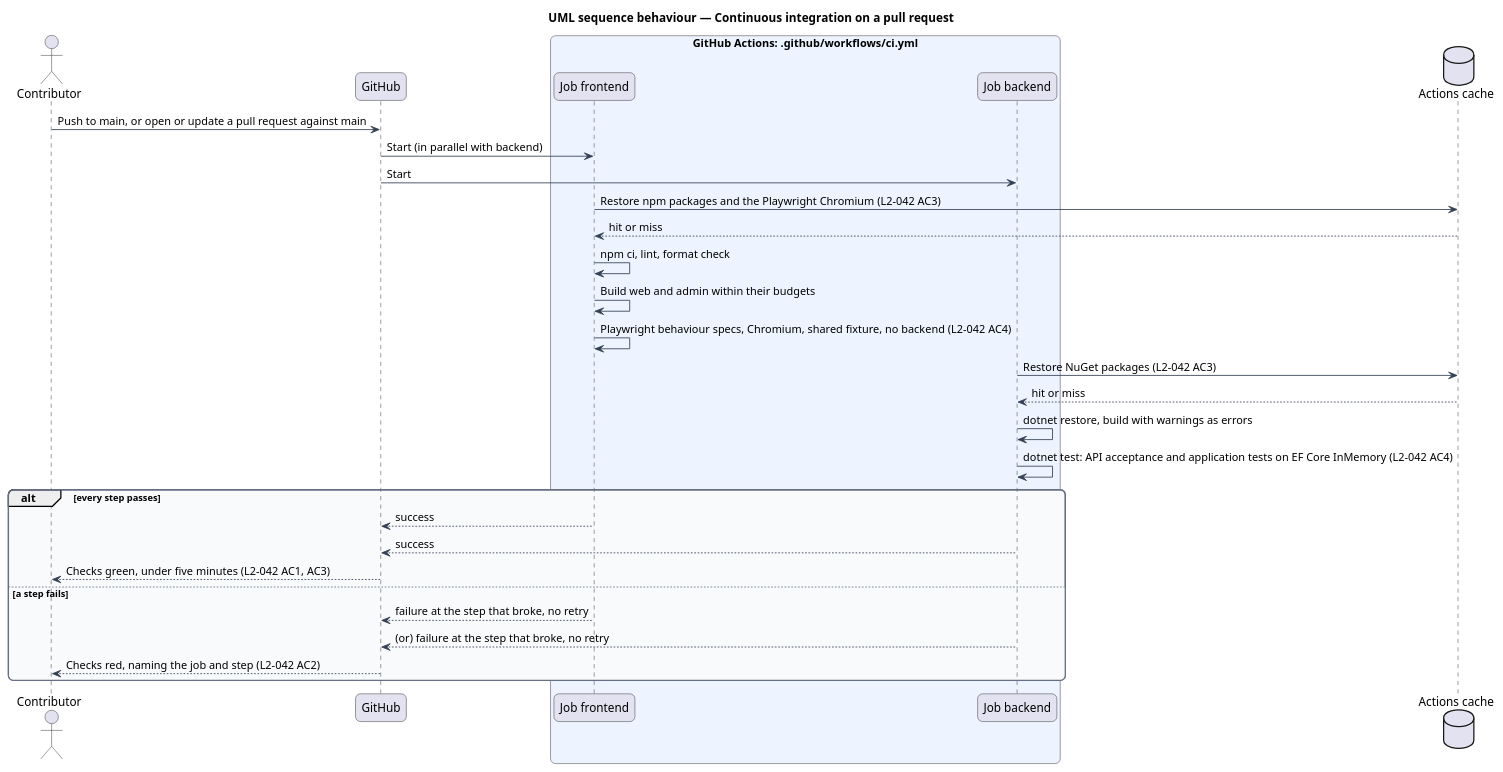
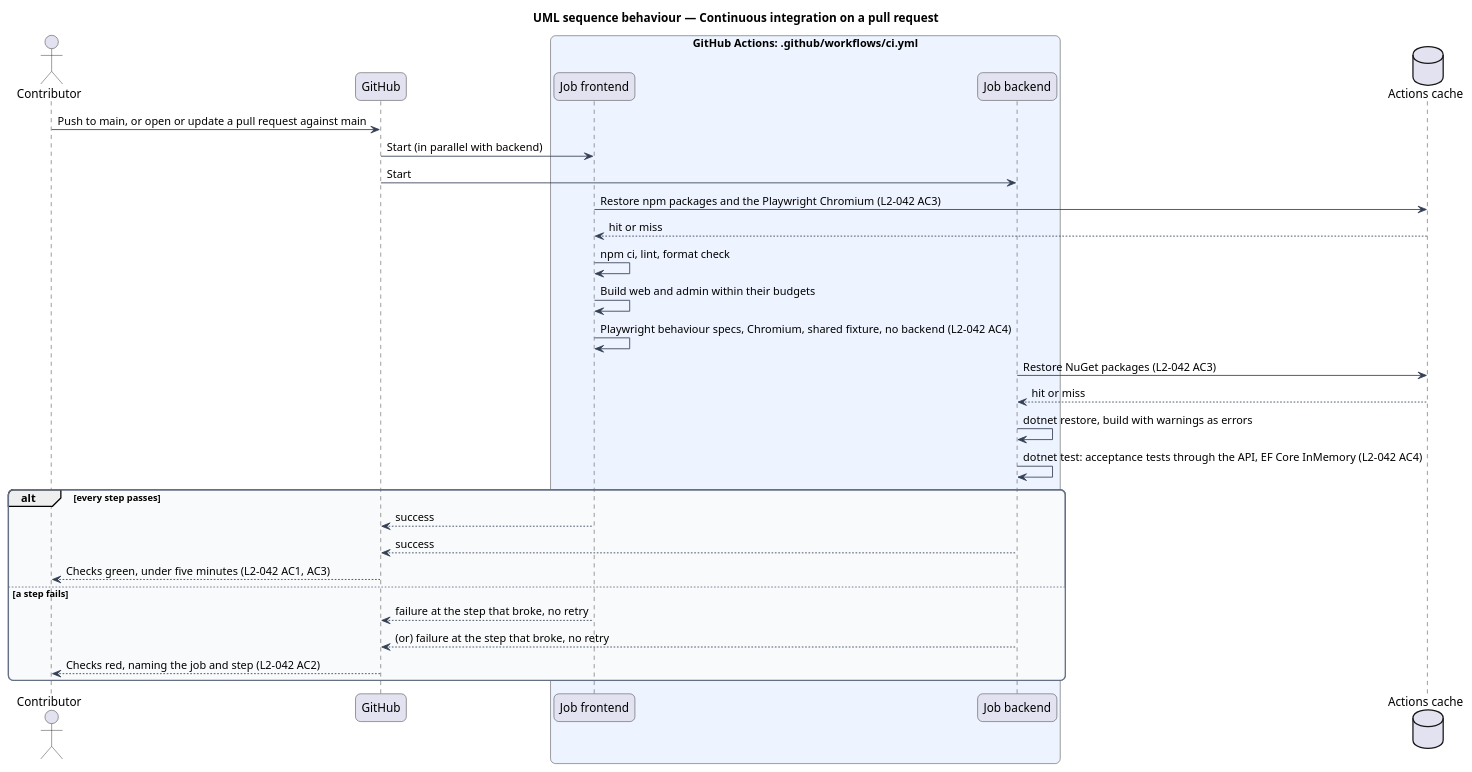
Before and after one commit to QuinntyneBrown/christian-fitness: the diagram in docs/detailed-designs/operations/deploy-and-migrate/diagrams/sequence-ci.puml, drawn with PlantUML. The commit also changed 7 other files, not shown here.

First line of the commit message:
Check out each CI job sparsely and run the API acceptance tests

```diff
--- a/docs/detailed-designs/operations/deploy-and-migrate/diagrams/sequence-ci.puml
+++ b/docs/detailed-designs/operations/deploy-and-migrate/diagrams/sequence-ci.puml
@@ -1,45 +1,45 @@
 @startuml
 title UML sequence behaviour — Continuous integration on a pull request
 skinparam backgroundColor #FFFFFF
 skinparam shadowing false
 skinparam roundcorner 12
 skinparam defaultFontName Arial
 skinparam ArrowColor #344054
 skinparam rectangle {
   BorderColor #344054
   FontColor #101828
 }
 skinparam package {
   BorderColor #667085
   FontColor #101828
   BackgroundColor #F9FAFB
 }
 actor "Contributor" as dev
 participant "GitHub" as gh
 box "GitHub Actions: .github/workflows/ci.yml" #EEF4FF
   participant "Job frontend" as fe
   participant "Job backend" as be
 end box
 database "Actions cache" as cache
 dev -> gh : Push to main, or open or update a pull request against main
 gh -> fe : Start (in parallel with backend)
 gh -> be : Start
 fe -> cache : Restore npm packages and the Playwright Chromium (L2-042 AC3)
 cache --> fe : hit or miss
 fe -> fe : npm ci, lint, format check
 fe -> fe : Build web and admin within their budgets
 fe -> fe : Playwright behaviour specs, Chromium, shared fixture, no backend (L2-042 AC4)
 be -> cache : Restore NuGet packages (L2-042 AC3)
 cache --> be : hit or miss
 be -> be : dotnet restore, build with warnings as errors
-be -> be : dotnet test: API acceptance and application tests on EF Core InMemory (L2-042 AC4)
+be -> be : dotnet test: acceptance tests through the API, EF Core InMemory (L2-042 AC4)
 alt every step passes
   fe --> gh : success
   be --> gh : success
   gh --> dev : Checks green, under five minutes (L2-042 AC1, AC3)
 else a step fails
   fe --> gh : failure at the step that broke, no retry
   be --> gh : (or) failure at the step that broke, no retry
   gh --> dev : Checks red, naming the job and step (L2-042 AC2)
 end
 @enduml
```
